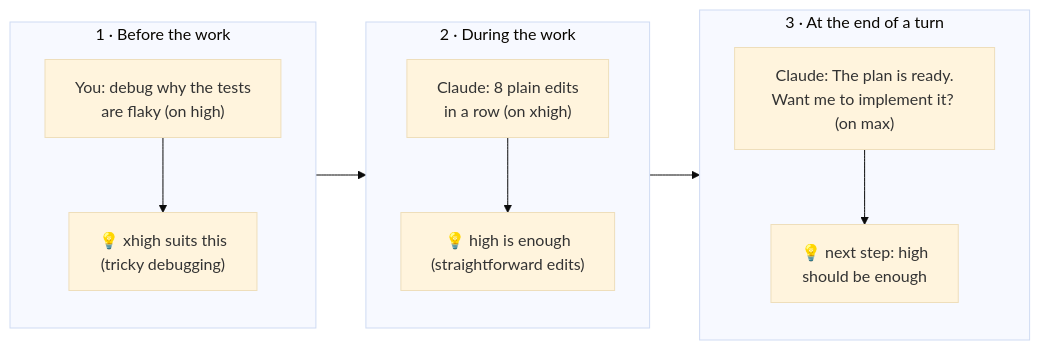
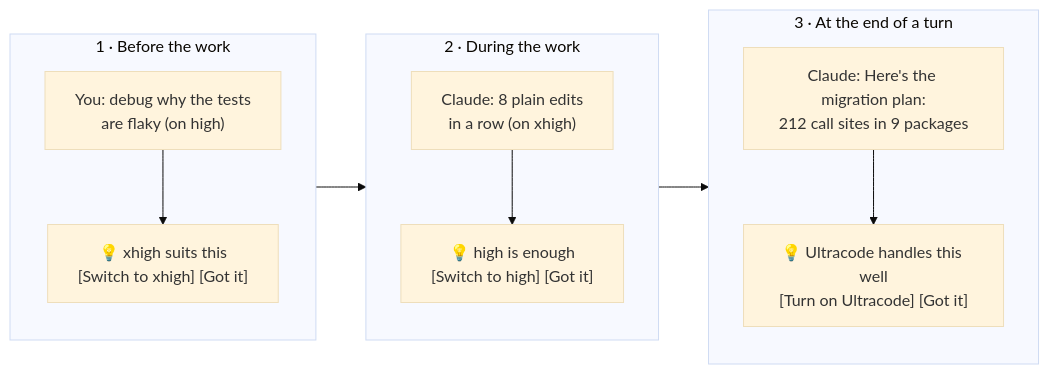
One commit to rozhrr2/claude-effort-advisor changed the first of 2 diagrams in README.md. Above: the diagram before and after it, drawn with Mermaid (base theme). The commit also changed other lines of this file and 34 other files, not shown here.

First line of the commit message:
v0.2: Switch and Ultracode buttons, conversation context, stress test

````diff
--- a/README.md
+++ b/README.md
@@ -19,16 +22,16 @@
 ```mermaid
 flowchart LR
   subgraph before["1 · Before the work"]
     direction TB
-    b1["You: debug why the tests<br/>are flaky (on high)"] --> b2["💡 xhigh suits this<br/>(tricky debugging)"]
+    b1["You: debug why the tests<br/>are flaky (on high)"] --> b2["💡 xhigh suits this<br/>[Switch to xhigh] [Got it]"]
   end
   subgraph during["2 · During the work"]
     direction TB
-    d1["Claude: 8 plain edits<br/>in a row (on xhigh)"] --> d2["💡 high is enough<br/>(straightforward edits)"]
+    d1["Claude: 8 plain edits<br/>in a row (on xhigh)"] --> d2["💡 high is enough<br/>[Switch to high] [Got it]"]
   end
   subgraph after["3 · At the end of a turn"]
     direction TB
-    a1["Claude: The plan is ready.<br/>Want me to implement it? (on max)"] --> a2["💡 next step: high<br/>should be enough"]
+    a1["Claude: Here's the migration plan:<br/>212 call sites in 9 packages"] --> a2["💡 Ultracode handles this well<br/>[Turn on Ultracode] [Got it]"]
   end
   before --> during --> after
 ```
````
